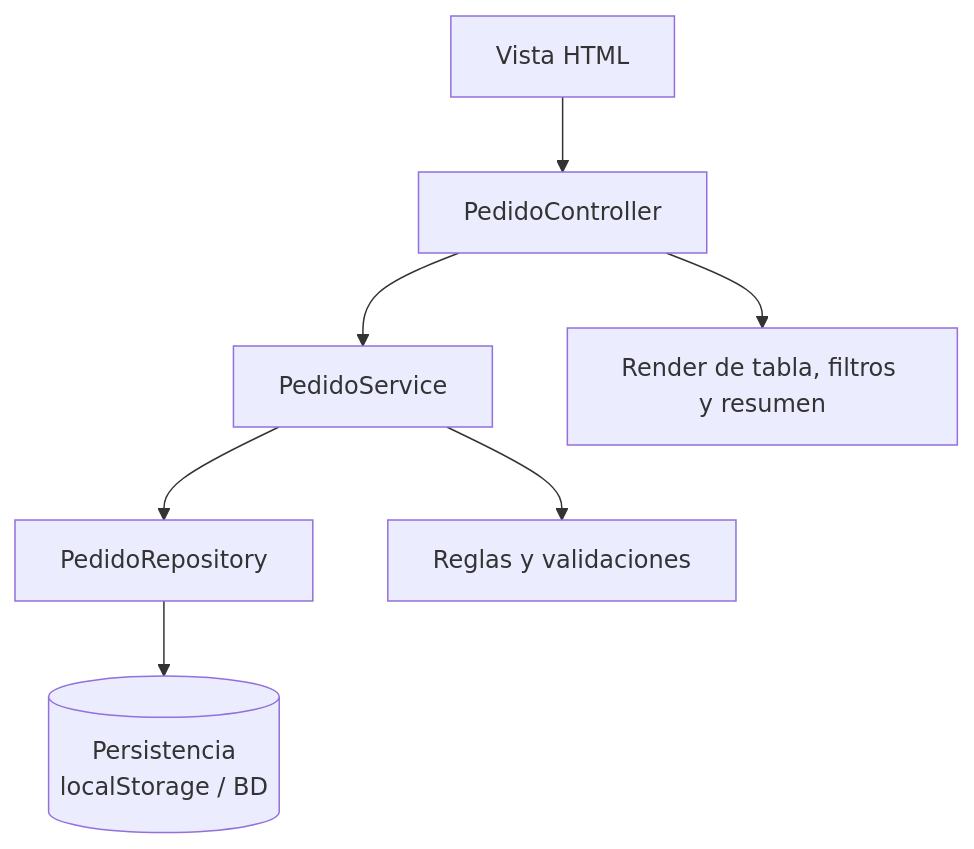
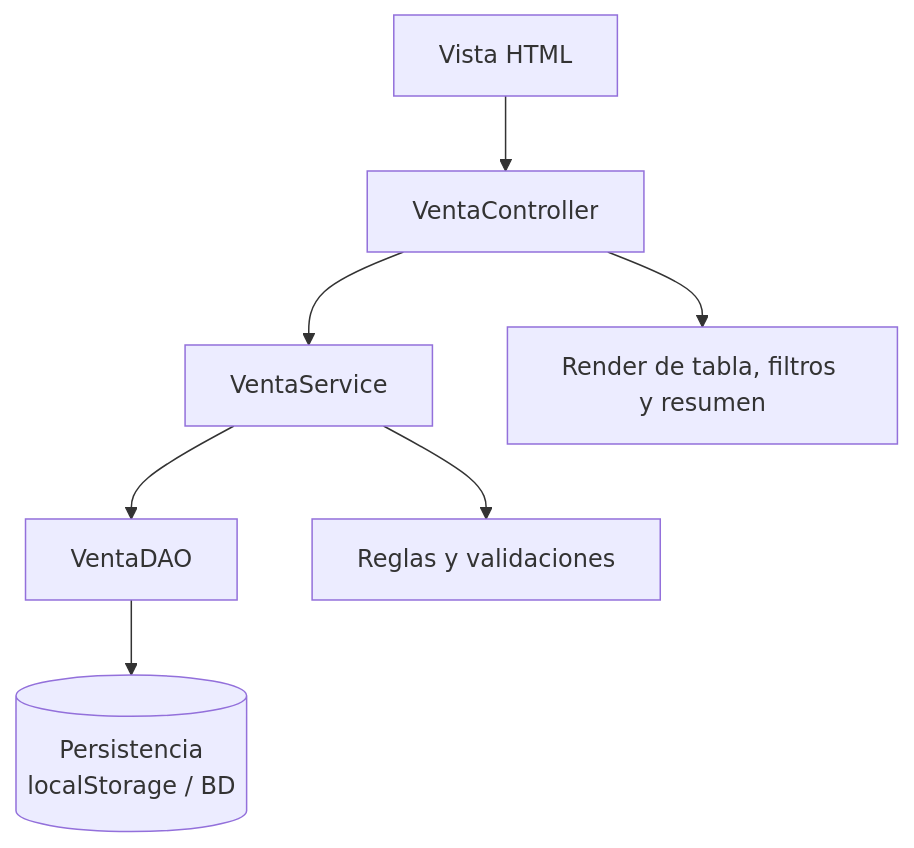
The diagram in docs/proyecto-integrador/u2/lp1-demo.md (262ciclo3/bomstart), drawn with Mermaid before and after one commit. The commit also changed other lines of this file and 23 other files, not shown here.

````diff
--- a/docs/proyecto-integrador/u2/lp1-demo.md
+++ b/docs/proyecto-integrador/u2/lp1-demo.md
@@ -15,9 +15,9 @@
 ```mermaid
 flowchart TB
-    A[Vista HTML] --> B[PedidoController]
-    B --> C[PedidoService]
-    C --> D[PedidoRepository]
+    A[Vista HTML] --> B[VentaController]
+    B --> C[VentaService]
+    C --> D[VentaDAO]
     D --> E[(Persistencia<br/>localStorage / BD)]
     C --> F[Reglas y validaciones]
     B --> G[Render de tabla, filtros y resumen]
 ```
````
